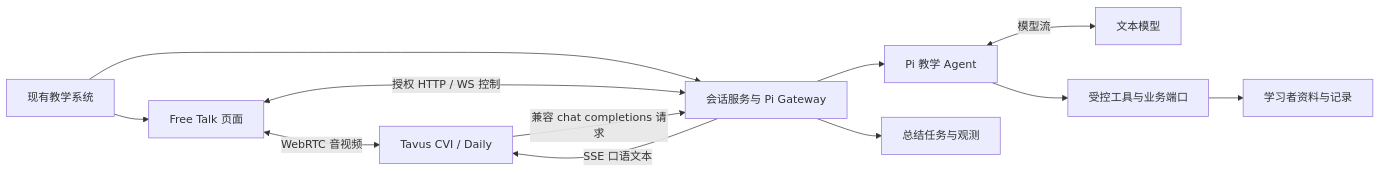
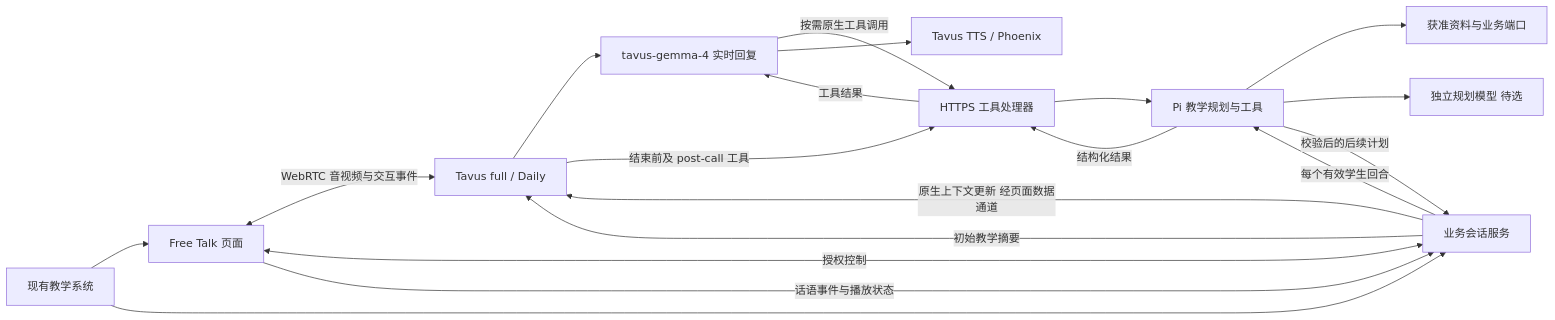
Before and after one commit to yqhuang-cyber/tavus_agent_poc: the first of 2 diagrams in docs/tavus-agent-poc-prd.md, drawn with Mermaid. The commit also changed other lines of this file and 5 other files, not shown here.

````diff
--- a/docs/tavus-agent-poc-prd.md
+++ b/docs/tavus-agent-poc-prd.md
@@ -145,14 +208,21 @@
 ```mermaid
 flowchart LR
     S[现有教学系统] --> W[Free Talk 页面]
-    S --> G[会话服务与 Pi Gateway]
-    W <-->|WebRTC 音视频| V[Tavus CVI / Daily]
-    W <-->|授权 HTTP / WS 控制| G
-    V -->|兼容 chat completions 请求| G
-    G --> P[Pi 教学 Agent]
-    P <-->|模型流| L[文本模型]
-    P --> B[受控工具与业务端口]
-    B --> H[学习者资料与记录]
-    G -->|SSE 口语文本| V
-    G --> J[总结任务与观测]
+    S --> B[业务会话服务]
+    W <-->|WebRTC 音视频与交互事件| T[Tavus full / Daily]
+    W <-->|授权控制| B
+    T --> L[tavus-gemma-4 实时回复]
+    L -->|按需原生工具调用| H[HTTPS 工具处理器]
+    H --> P[Pi 教学规划与工具]
+    P --> D[获准资料与业务端口]
+    P --> M[独立规划模型 待选]
+    P -->|结构化结果| H
+    H -->|工具结果| L
+    L --> V[Tavus TTS / Phoenix]
+    W -->|话语事件与播放状态| B
+    B -->|每个有效学生回合| P
+    P -->|校验后的后续计划| B
+    B -->|原生上下文更新 经页面数据通道| T
+    T -->|结束前及 post-call 工具| H
+    B -->|初始教学摘要| T
 ```
````
